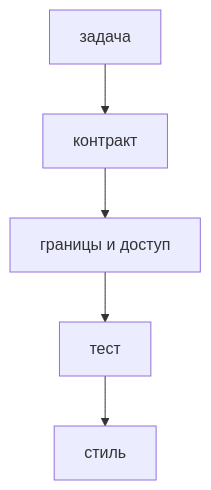
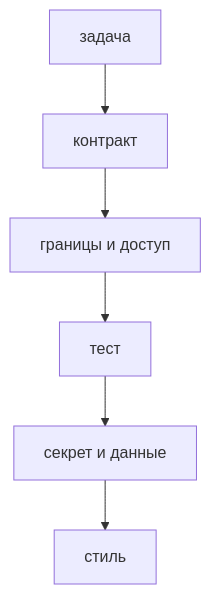
One commit to AlexanderNY/cursor_test changed the diagram in nine-to-eighteen/ui/src/data/learn/python/py26-code-review.md. Above: the diagram before and after it, drawn with Mermaid. The commit also changed other lines of this file and 40 other files, not shown here.

````diff
--- a/nine-to-eighteen/ui/src/data/learn/python/py26-code-review.md
+++ b/nine-to-eighteen/ui/src/data/learn/python/py26-code-review.md
@@ -55,7 +109,8 @@
 ```mermaid
 flowchart TD
   A[задача] --> B[контракт]
   B --> C[границы и доступ]
   C --> D[тест]
-  D --> E[стиль]
+  D --> E[секрет и данные]
+  E --> F[стиль]
 ```
````
